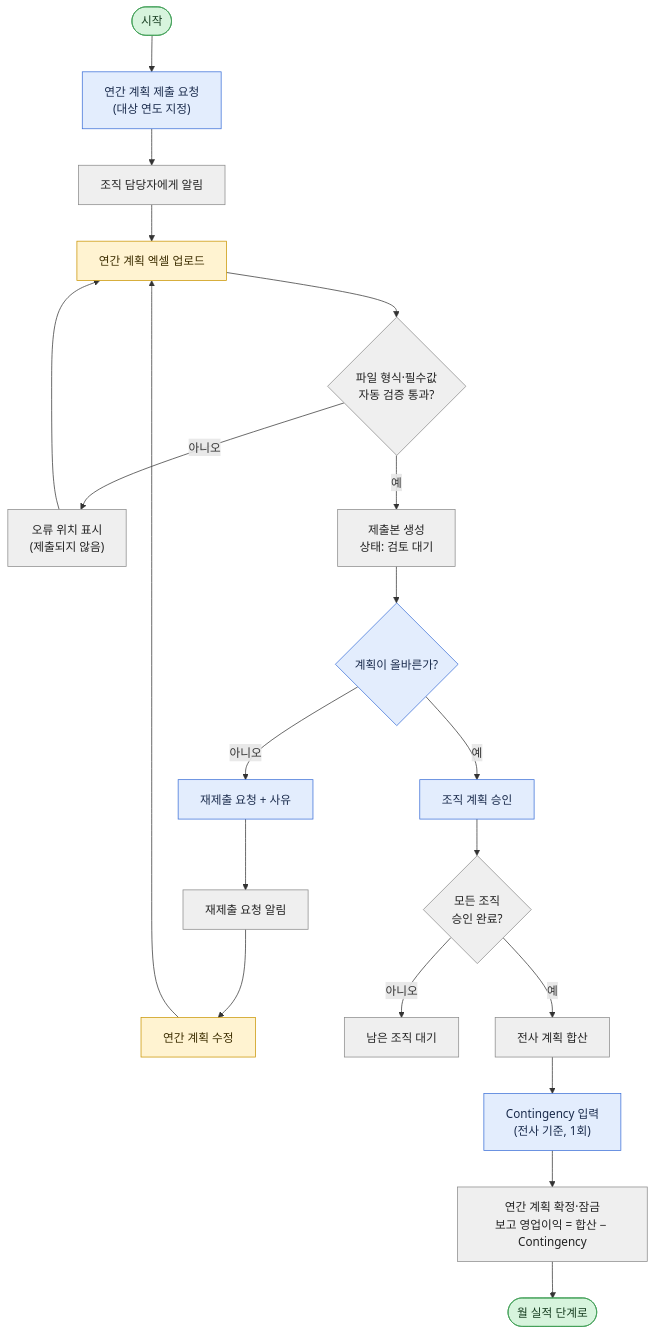
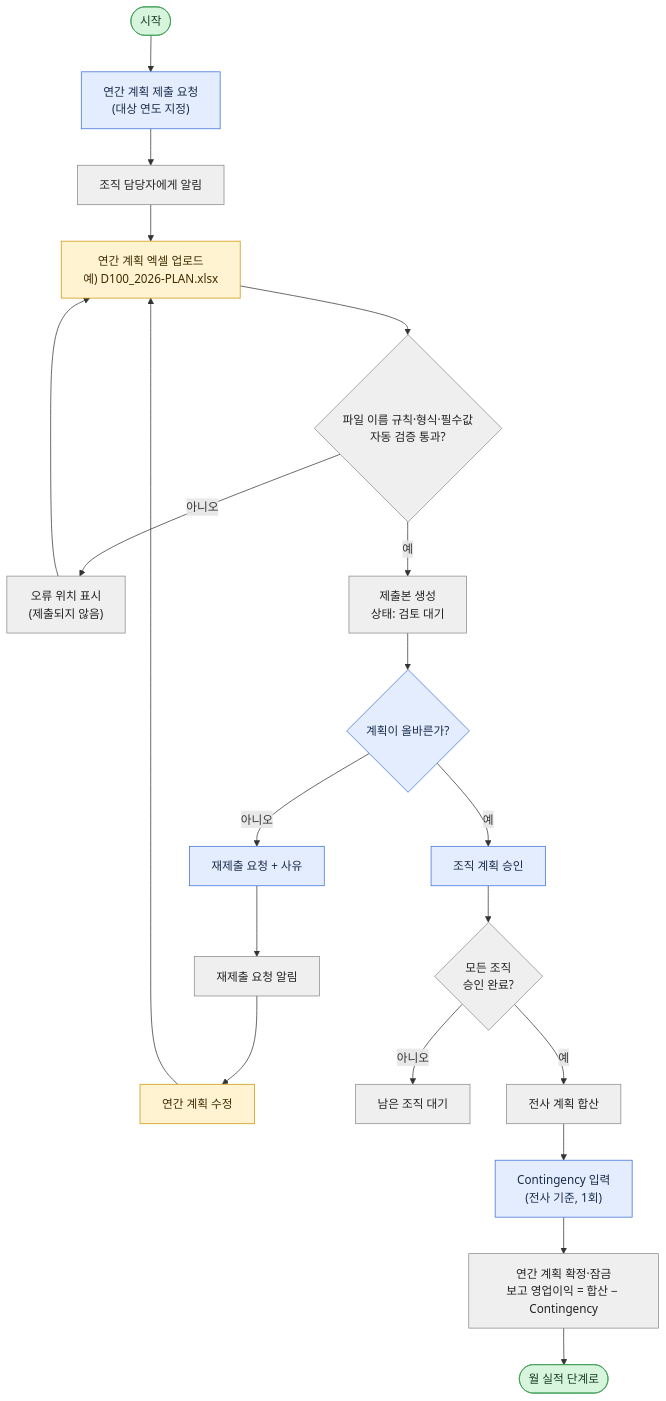
Before and after one commit to shinharyeong/skala_final_project: the second of 8 diagrams in docs/flow.md, drawn with Mermaid. The commit also changed other lines of this file and 1 other file, not shown here.

````diff
--- a/docs/flow.md
+++ b/docs/flow.md
@@ -25,38 +25,38 @@
 ```mermaid
 flowchart TD
     A(["시작"])
     B["연간 계획 제출 요청<br/>(대상 연도 지정)"]
     C["조직 담당자에게 알림"]
-    D["연간 계획 엑셀 업로드"]
-    E{"파일 형식·필수값<br/>자동 검증 통과?"}
+    D["연간 계획 엑셀 업로드<br/>예) D100_2026-PLAN.xlsx"]
+    E{"파일 이름 규칙·형식·필수값<br/>자동 검증 통과?"}
     E1["오류 위치 표시<br/>(제출되지 않음)"]
     F["제출본 생성<br/>상태: 검토 대기"]
     G{"계획이 올바른가?"}
     H["재제출 요청 + 사유"]
     I["재제출 요청 알림"]
     J["연간 계획 수정"]
     K["조직 계획 승인"]
     L{"모든 조직<br/>승인 완료?"}
     M["남은 조직 대기"]
     N["전사 계획 합산"]
     O["Contingency 입력<br/>(전사 기준, 1회)"]
     P["연간 계획 확정·잠금<br/>보고 영업이익 = 합산 − Contingency"]
     Q(["월 실적 단계로"])
 
     A --> B --> C --> D --> E
     E -->|아니오| E1 --> D
     E -->|예| F --> G
     G -->|아니오| H --> I --> J --> D
     G -->|예| K --> L
     L -->|아니오| M
     L -->|예| N --> O --> P --> Q
 
     classDef planner fill:#E3EDFD,stroke:#3B6FD8,color:#1A2B4C
     classDef org fill:#FFF3D1,stroke:#C99400,color:#3D2E00
     classDef system fill:#EFEFEF,stroke:#8A8A8A,color:#222
     classDef terminal fill:#D7F4DD,stroke:#3E9E55,color:#173D20
     class B,G,H,K,O planner
     class D,J org
     class C,E,E1,F,I,L,M,N,P system
     class A,Q terminal
 ```
````
